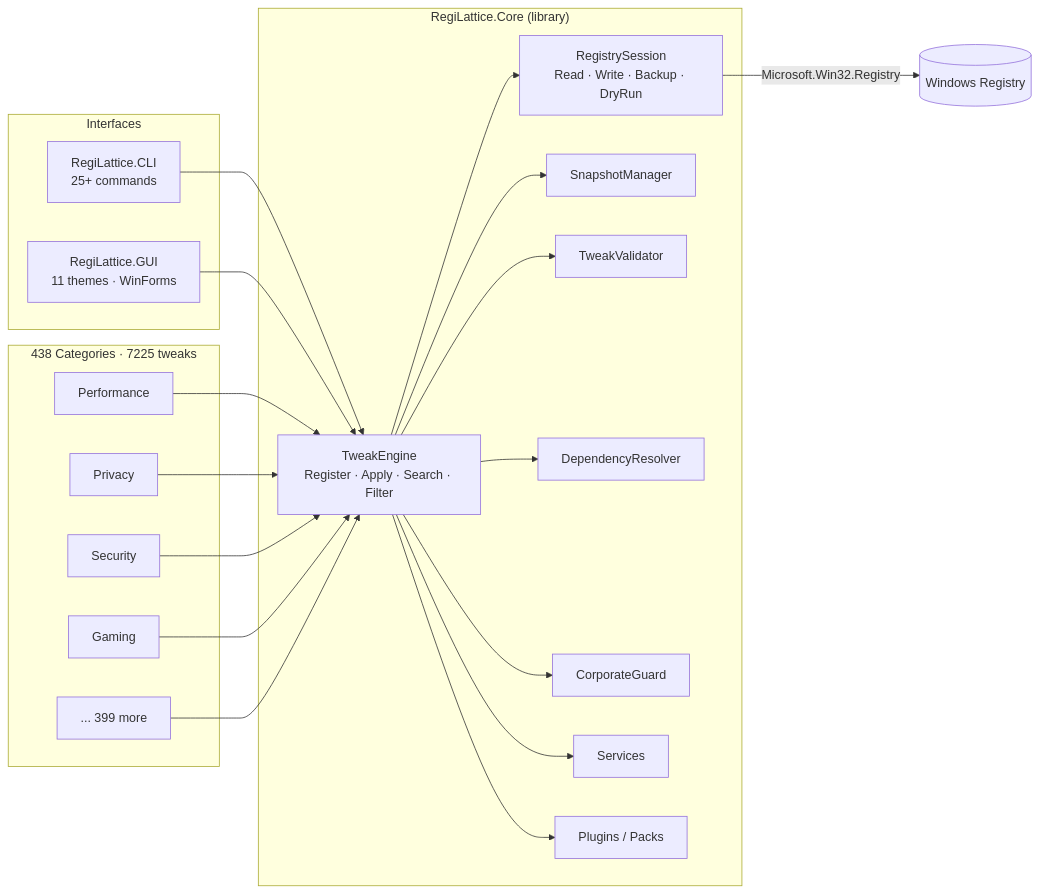
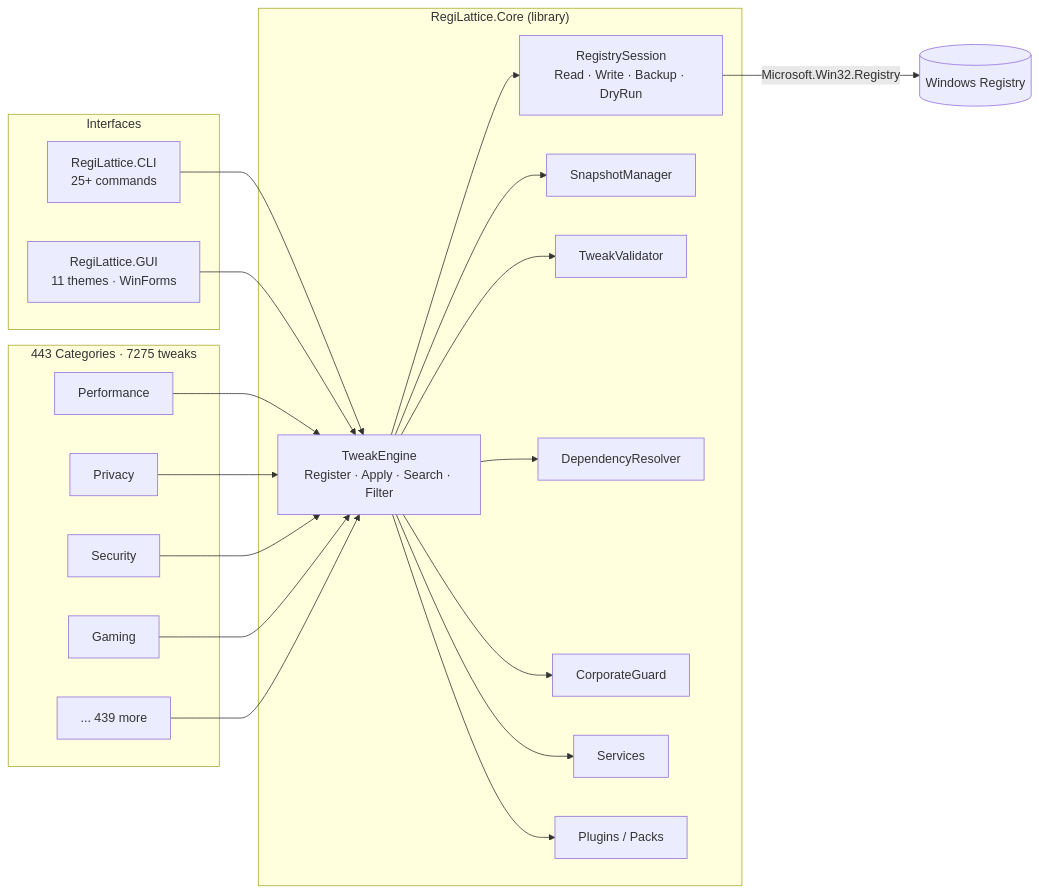
The first of 2 diagrams in README.md (RajwanYair/RegiLattice), drawn with Mermaid before and after one commit. The commit also changed other lines of this file and 17 other files, not shown here.

````diff
--- a/README.md
+++ b/README.md
@@ -86,38 +86,38 @@
 ```mermaid
 graph LR
     subgraph Interfaces
         CLI[RegiLattice.CLI<br/>25+ commands]
         GUI[RegiLattice.GUI<br/>11 themes · WinForms]
     end
 
     subgraph Core["RegiLattice.Core (library)"]
         TE[TweakEngine<br/>Register · Apply · Search · Filter]
         RS[RegistrySession<br/>Read · Write · Backup · DryRun]
         SM[SnapshotManager]
         TV[TweakValidator]
         DR[DependencyResolver]
         CG[CorporateGuard]
         SV[Services]
         PM[Plugins / Packs]
     end
 
-    subgraph Tweaks["438 Categories · 7225 tweaks"]
+    subgraph Tweaks["443 Categories · 7275 tweaks"]
         T1[Performance]
         T2[Privacy]
         T3[Security]
         T4[Gaming]
-        TN[... 399 more]
+        TN[... 439 more]
     end
 
     CLI --> TE
     GUI --> TE
     TE --> RS
     TE --> SM
     TE --> TV
     TE --> DR
     TE --> CG
     TE --> SV
     TE --> PM
     T1 & T2 & T3 & T4 & TN --> TE
     RS -->|Microsoft.Win32.Registry| WR[(Windows Registry)]
 ```
````
